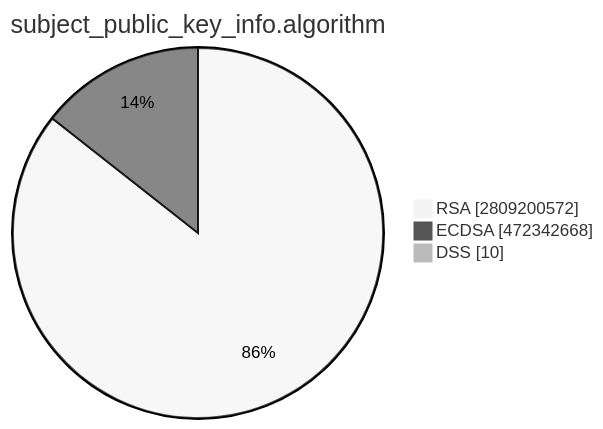
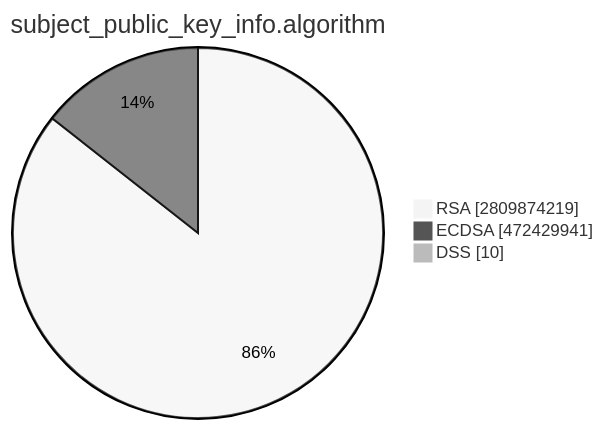
The second of 15 diagrams in TOTAL/README.md (christiankrug/ctmonitor_visualization), drawn with Mermaid (neutral theme) before and after one commit. The commit also changed other lines of this file, not shown here.

````diff
--- a/TOTAL/README.md
+++ b/TOTAL/README.md
@@ -6,7 +6,7 @@
 ```mermaid
 pie showData
 title subject_public_key_info.algorithm
-"RSA" :2809200572
-"ECDSA" :472342668
+"RSA" :2809874219
+"ECDSA" :472429941
 "DSS" :10
 ```
````
